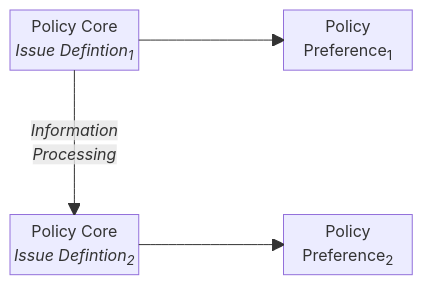
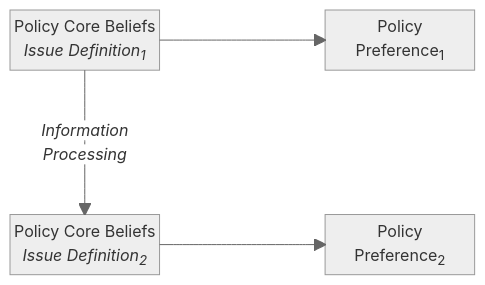
The second of 4 diagrams in chapter-drafts/chap3.qmd (mnowlin/policy-learning-element), drawn with Mermaid before and after one commit. The commit also changed other lines of this file, not shown here.

````diff
--- a/chapter-drafts/chap3.qmd
+++ b/chapter-drafts/chap3.qmd
@@ -57,15 +64,15 @@
 ```{mermaid}
 %%| fig-cap: Information Processing Leading to Issue Definition and Preference Updating
 %%| label: fig-updating
-%%{init: {'theme':'neutral' , "htmlLabels": true, "securityLevel": "loose",}}%%
+%%{init: {'theme':'neutral'}}%%
 block-beta
    columns 3
-   A space  B 
+   A space B 
+   space space space 
    space space space
-   space space space 
-   C space  D
+   C space D
 
-   A["Policy Core <br> <i>Issue Defintion<sub>1</sub>"] --> B["Policy <br> Preference<sub>1</sub>"]
+   A["Policy Core Beliefs<br><i>Issue Definition<sub>1"] -->  B["Policy <br> Preference<sub>1</sub>"]
    A -- "<i>Information <br> Processing" ------> C
-   C["Policy Core <br> <i>Issue Defintion<sub>2</sub>"] --> D["Policy <br> Preference<sub>2</sub>"]
+   C["Policy Core Beliefs<br><i>Issue Definition<sub>2"] --> D["Policy <br> Preference<sub>2</sub>"]
 ```
````
